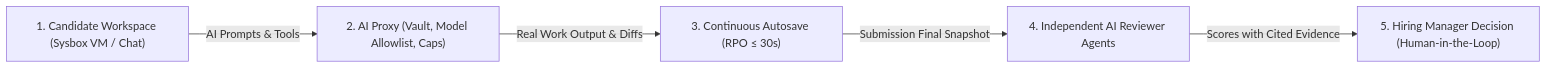
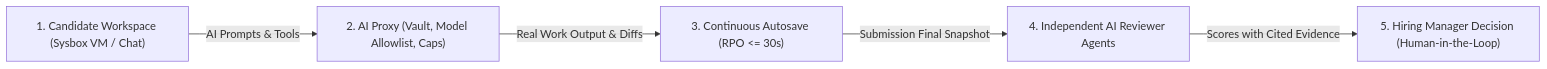
The diagram in apps/docs/content/docs/brd/overview.mdx (infinitica-org/hellosmart), drawn with Mermaid before and after one commit. The commit also changed 2 other files, not shown here.

Commit message:
fix(docs): resolve Mermaid syntax errors in release-runbook and brd overview

````diff
--- a/apps/docs/content/docs/brd/overview.mdx
+++ b/apps/docs/content/docs/brd/overview.mdx
@@ -90,7 +90,7 @@
 ```mermaid
 flowchart LR
   A["1. Candidate Workspace (Sysbox VM / Chat)"] -->|"AI Prompts & Tools"| B["2. AI Proxy (Vault, Model Allowlist, Caps)"]
-  B -->|"Real Work Output & Diffs"| C["3. Continuous Autosave (RPO &le; 30s)"]
+  B -->|"Real Work Output & Diffs"| C["3. Continuous Autosave (RPO <= 30s)"]
   C -->|"Submission Final Snapshot"| D["4. Independent AI Reviewer Agents"]
   D -->|"Scores with Cited Evidence"| E["5. Hiring Manager Decision (Human-in-the-Loop)"]
 ```
````
